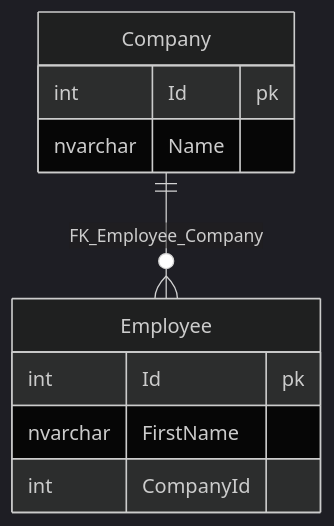
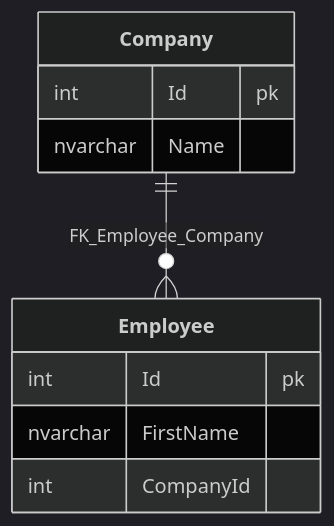
One commit to SimonCropp/DbToMermaid changed the diagram in src/SqlServerToMermaidTool.Tests/IntegrationTests.ConnectionString_ToMarkdown.verified.md. Above: the diagram before and after it, drawn with Mermaid (dark theme). The commit also changed 13 other files, not shown here.

````diff
--- a/src/SqlServerToMermaidTool.Tests/IntegrationTests.ConnectionString_ToMarkdown.verified.md
+++ b/src/SqlServerToMermaidTool.Tests/IntegrationTests.ConnectionString_ToMarkdown.verified.md
@@ -1,13 +1,13 @@
 ```mermaid
 erDiagram
-  Company {
+  Company["**Company**"] {
     int Id pk
     nvarchar Name
   }
-  Employee {
+  Employee["**Employee**"] {
     int Id pk
     nvarchar FirstName
     int CompanyId
   }
   Company ||--o{ Employee : "FK_Employee_Company"
 ```
````
